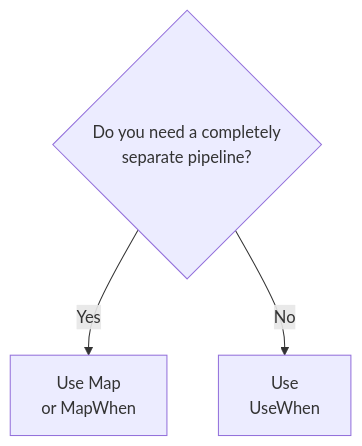
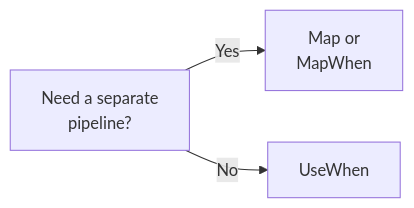
The third of 3 diagrams in talks/lightning/Middlewares in ASP.NET Core/presentation.md (davidkaya/blog), drawn with Mermaid before and after one commit. The commit also changed other lines of this file, not shown here.

Commit message:
fix: simplify middleware Mermaid layouts

````diff
--- a/talks/lightning/Middlewares in ASP.NET Core/presentation.md
+++ b/talks/lightning/Middlewares in ASP.NET Core/presentation.md
@@ -420,6 +420,5 @@
 ```mermaid
-flowchart TD
-    Q{"Do you need a completely<br>separate pipeline?"}
-    Q -- Yes --> M["Use Map<br>or MapWhen"]
-    Q -- No --> U["Use<br>UseWhen"]
+flowchart LR
+    Q["Need a separate<br>pipeline?"] -->|Yes| M["Map or<br>MapWhen"]
+    Q -->|No| U["UseWhen"]
 ```
````
